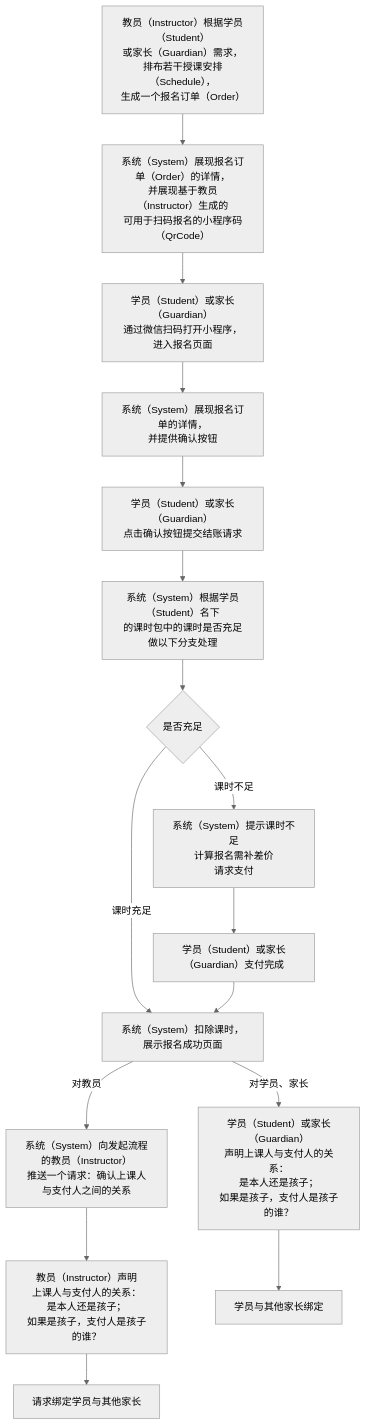
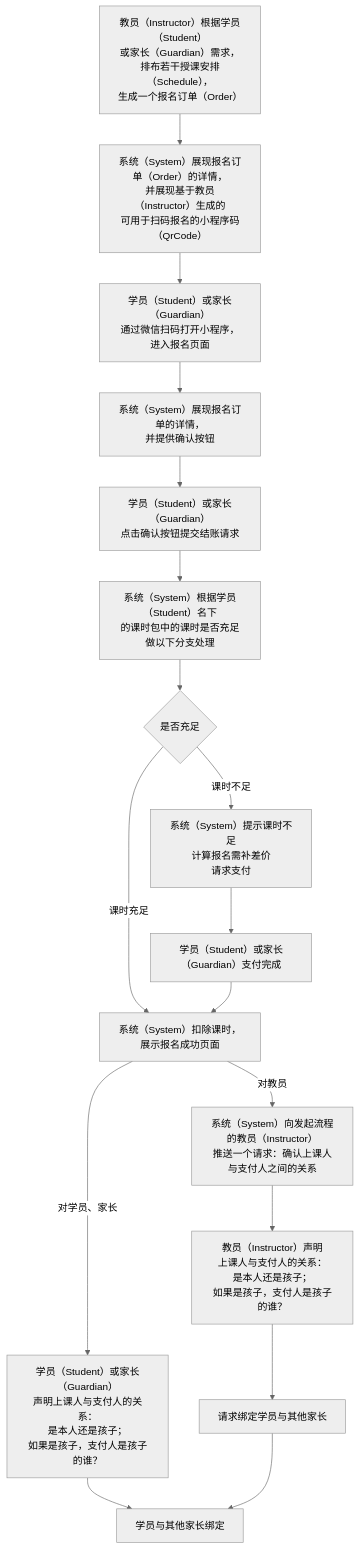
The diagram in 用例/报名.md (world-wide-web/sign), drawn with Mermaid (neutral theme) before and after one commit. The commit also changed other lines of this file, not shown here.

````diff
--- a/用例/报名.md
+++ b/用例/报名.md
@@ -8,49 +8,50 @@
 ```mermaid
 graph TD
 
 生成报名订单-->生成报名码
 生成报名码-->扫码报名
 扫码报名-->展现报名订单
 展现报名订单-->确认并提交结账请求
 确认并提交结账请求-->检查课时数量
 检查课时数量-->判断课时数量
 判断课时数量--课时充足-->扣课并提示报名成功
 判断课时数量--课时不足-->请求支付
 请求支付-->支付完成
 支付完成-->扣课并提示报名成功
 扣课并提示报名成功--对教员-->请求身份声明
 扣课并提示报名成功--"对学员、家长"-->支付人身份声明
 请求身份声明-->教员代理身份声明
 教员代理身份声明-->请求绑定学员与其他家长
 支付人身份声明-->学员与其他家长绑定
+请求绑定学员与其他家长-->学员与其他家长绑定
 
 生成报名订单["<center>教员（Instructor）根据学员（Student）<br>或家长（Guardian）需求，<br>排布若干授课安排（Schedule），<br>生成一个报名订单（Order）</center>"]
 
 生成报名码["<center>系统（System）展现报名订单（Order）的详情，<br>并展现基于教员（Instructor）生成的<br>可用于扫码报名的小程序码（QrCode）</center>"]
 
 扫码报名["<center>学员（Student）或家长（Guardian）<br>通过微信扫码打开小程序，进入报名页面</center>"]
 
 展现报名订单["<center>系统（System）展现报名订单的详情，<br>并提供确认按钮</center>"]
 
 确认并提交结账请求["<center>学员（Student）或家长（Guardian）<br>点击确认按钮提交结账请求</center>"]
 
 检查课时数量["<center>系统（System）根据学员（Student）名下<br>的课时包中的课时是否充足做以下分支处理</center>"]
 
 判断课时数量{"<center>是否充足</center>"}
 
 请求支付["<center>系统（System）提示课时不足<br>计算报名需补差价<br>请求支付</center>"]
 
 支付完成["<center>学员（Student）或家长（Guardian）支付完成</center>"]
 
 扣课并提示报名成功["<center>系统（System）扣除课时，展示报名成功页面</center>"]
 
 请求身份声明["<center>系统（System）向发起流程的教员（Instructor）<br>推送一个请求：确认上课人与支付人之间的关系</center>"]
 
 支付人身份声明["<center>学员（Student）或家长（Guardian）<br>声明上课人与支付人的关系：<br>是本人还是孩子；<br>如果是孩子，支付人是孩子的谁？</center>"]
 
 教员代理身份声明["<center>教员（Instructor）声明<br>上课人与支付人的关系：<br>是本人还是孩子；<br>如果是孩子，支付人是孩子的谁？</center>"]
 
 请求绑定学员与其他家长
 
 学员与其他家长绑定
 ```
````
